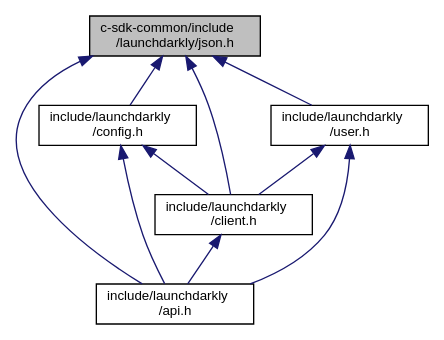
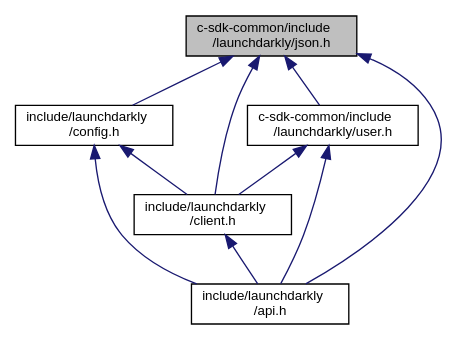
Before and after one commit to launchdarkly/c-client-sdk: the diagram in json_8h__dep__incl.dot, drawn with Graphviz. The commit also changed 59 other files, not shown here.

```diff
--- a/json_8h__dep__incl.dot
+++ b/json_8h__dep__incl.dot
@@ -1,19 +1,19 @@
 digraph "c-sdk-common/include/launchdarkly/json.h"
 {
   edge [fontname="Helvetica",fontsize="10",labelfontname="Helvetica",labelfontsize="10"];
   node [fontname="Helvetica",fontsize="10",shape=record];
   Node3 [label="c-sdk-common/include\l/launchdarkly/json.h",height=0.2,width=0.4,color="black", fillcolor="grey75", style="filled", fontcolor="black"];
   Node3 -> Node4 [dir="back",color="midnightblue",fontsize="10",style="solid",fontname="Helvetica"];
-  Node4 [label="include/launchdarkly\l/api.h",height=0.2,width=0.4,color="black", fillcolor="white", style="filled",URL="$api_8h.html",tooltip="Public API. Include this for every public operation. "];
+  Node4 [label="include/launchdarkly\l/config.h",height=0.2,width=0.4,color="black", fillcolor="white", style="filled",URL="$config_8h.html",tooltip="Public API Interface for Configuration. "];
+  Node4 -> Node5 [dir="back",color="midnightblue",fontsize="10",style="solid",fontname="Helvetica"];
+  Node5 [label="include/launchdarkly\l/client.h",height=0.2,width=0.4,color="black", fillcolor="white", style="filled",URL="$client_8h.html",tooltip="Public Client control and variations. "];
+  Node5 -> Node6 [dir="back",color="midnightblue",fontsize="10",style="solid",fontname="Helvetica"];
+  Node6 [label="include/launchdarkly\l/api.h",height=0.2,width=0.4,color="black", fillcolor="white", style="filled",URL="$api_8h.html",tooltip="Public API. Include this for every public operation. "];
+  Node4 -> Node6 [dir="back",color="midnightblue",fontsize="10",style="solid",fontname="Helvetica"];
   Node3 -> Node5 [dir="back",color="midnightblue",fontsize="10",style="solid",fontname="Helvetica"];
-  Node5 [label="include/launchdarkly\l/config.h",height=0.2,width=0.4,color="black", fillcolor="white", style="filled",URL="$config_8h.html",tooltip="Public API Interface for Configuration. "];
-  Node5 -> Node4 [dir="back",color="midnightblue",fontsize="10",style="solid",fontname="Helvetica"];
-  Node5 -> Node6 [dir="back",color="midnightblue",fontsize="10",style="solid",fontname="Helvetica"];
-  Node6 [label="include/launchdarkly\l/client.h",height=0.2,width=0.4,color="black", fillcolor="white", style="filled",URL="$client_8h.html",tooltip="Public Client control and variations. "];
-  Node6 -> Node4 [dir="back",color="midnightblue",fontsize="10",style="solid",fontname="Helvetica"];
   Node3 -> Node7 [dir="back",color="midnightblue",fontsize="10",style="solid",fontname="Helvetica"];
-  Node7 [label="include/launchdarkly\l/user.h",height=0.2,width=0.4,color="black", fillcolor="white", style="filled",URL="$user_8h.html",tooltip="Public API Interface for User construction. "];
-  Node7 -> Node4 [dir="back",color="midnightblue",fontsize="10",style="solid",fontname="Helvetica"];
+  Node7 [label="c-sdk-common/include\l/launchdarkly/user.h",height=0.2,width=0.4,color="black", fillcolor="white", style="filled",URL="$user_8h.html",tooltip="Public API Interface for User construction. "];
+  Node7 -> Node5 [dir="back",color="midnightblue",fontsize="10",style="solid",fontname="Helvetica"];
   Node7 -> Node6 [dir="back",color="midnightblue",fontsize="10",style="solid",fontname="Helvetica"];
   Node3 -> Node6 [dir="back",color="midnightblue",fontsize="10",style="solid",fontname="Helvetica"];
 }
```
